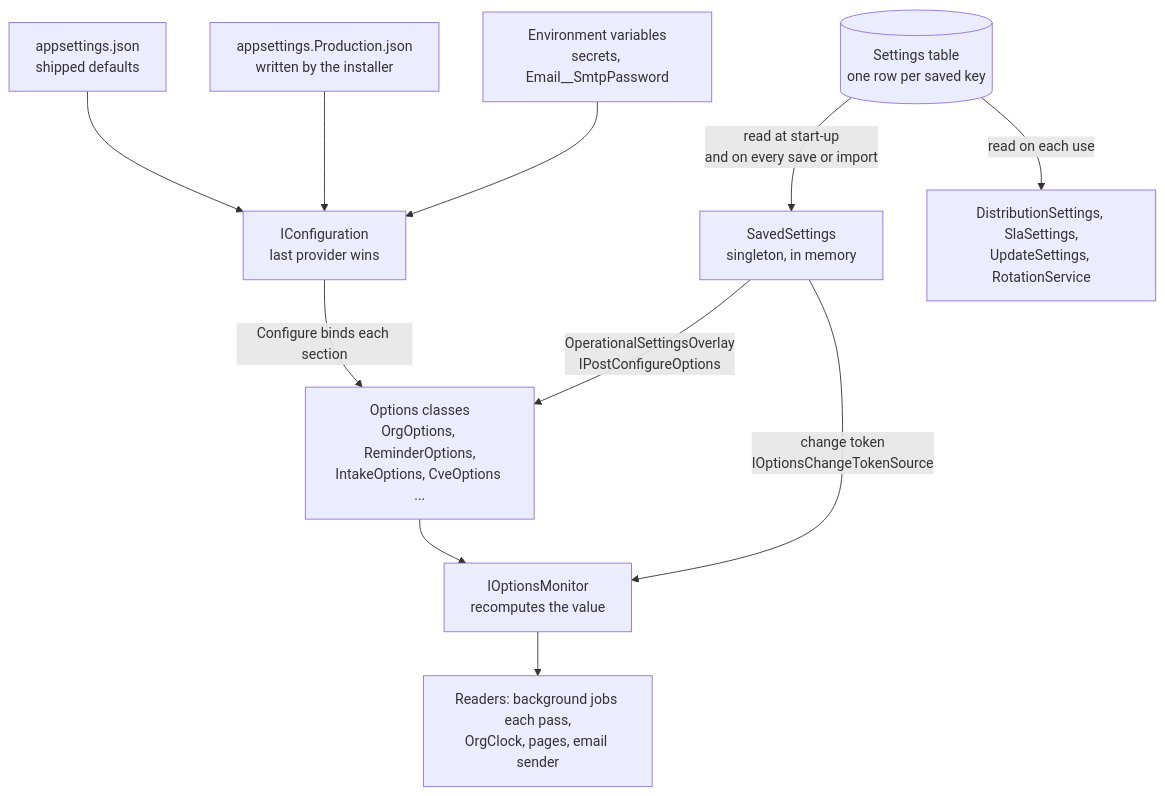
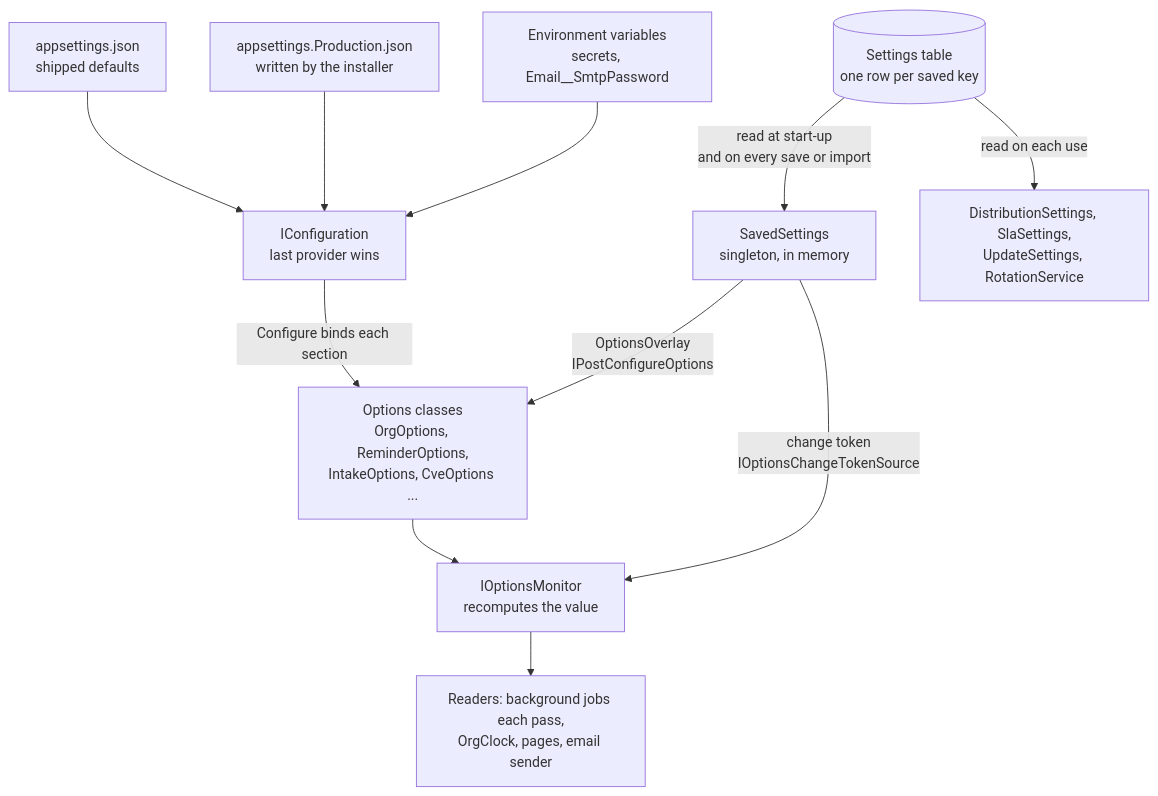
Before and after one commit to jashley92/Tide: the first of 2 diagrams in docs/operations/configuration.md, drawn with Mermaid. The commit also changed other lines of this file and 36 other files, not shown here.

````diff
--- a/docs/operations/configuration.md
+++ b/docs/operations/configuration.md
@@ -40,13 +40,13 @@
 ```mermaid
 flowchart TB
     A["appsettings.json<br/>shipped defaults"] --> C["IConfiguration<br/>last provider wins"]
     B["appsettings.Production.json<br/>written by the installer"] --> C
     E["Environment variables<br/>secrets, Email__SmtpPassword"] --> C
     C -->|"Configure binds each section"| O["Options classes<br/>OrgOptions, ReminderOptions,<br/>IntakeOptions, CveOptions ..."]
     S[("Settings table<br/>one row per saved key")] -->|"read at start-up<br/>and on every save or import"| SS["SavedSettings<br/>singleton, in memory"]
-    SS -->|"OperationalSettingsOverlay<br/>IPostConfigureOptions"| O
+    SS -->|"OptionsOverlay<br/>IPostConfigureOptions"| O
     SS -->|"change token<br/>IOptionsChangeTokenSource"| M["IOptionsMonitor<br/>recomputes the value"]
     O --> M
     M --> R["Readers: background jobs each pass,<br/>OrgClock, pages, email sender"]
     S -->|"read on each use"| D["DistributionSettings, SlaSettings,<br/>UpdateSettings, RotationService"]
 ```
````
